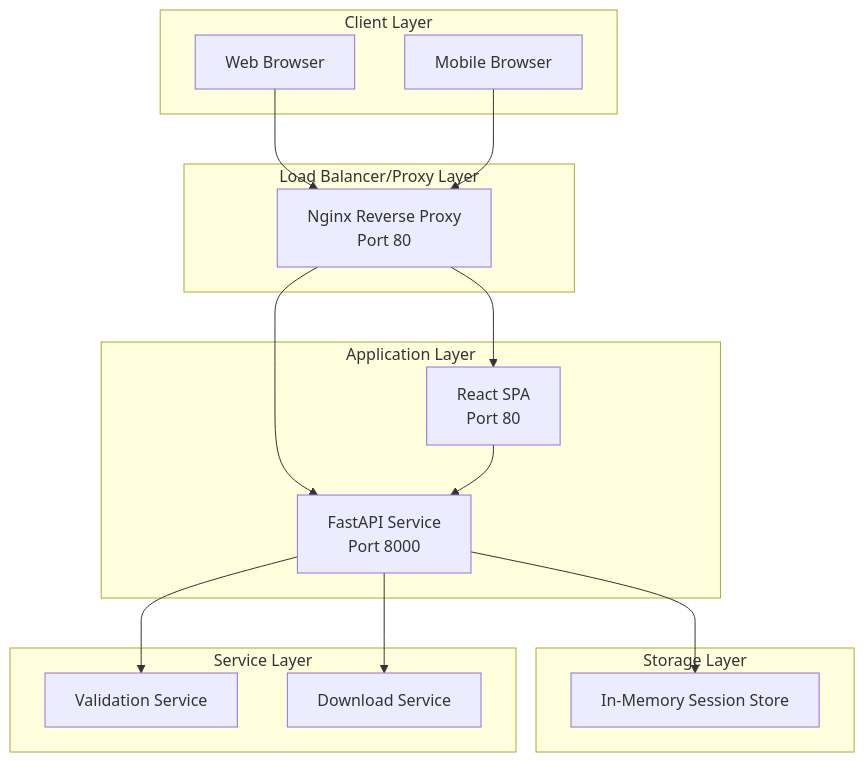
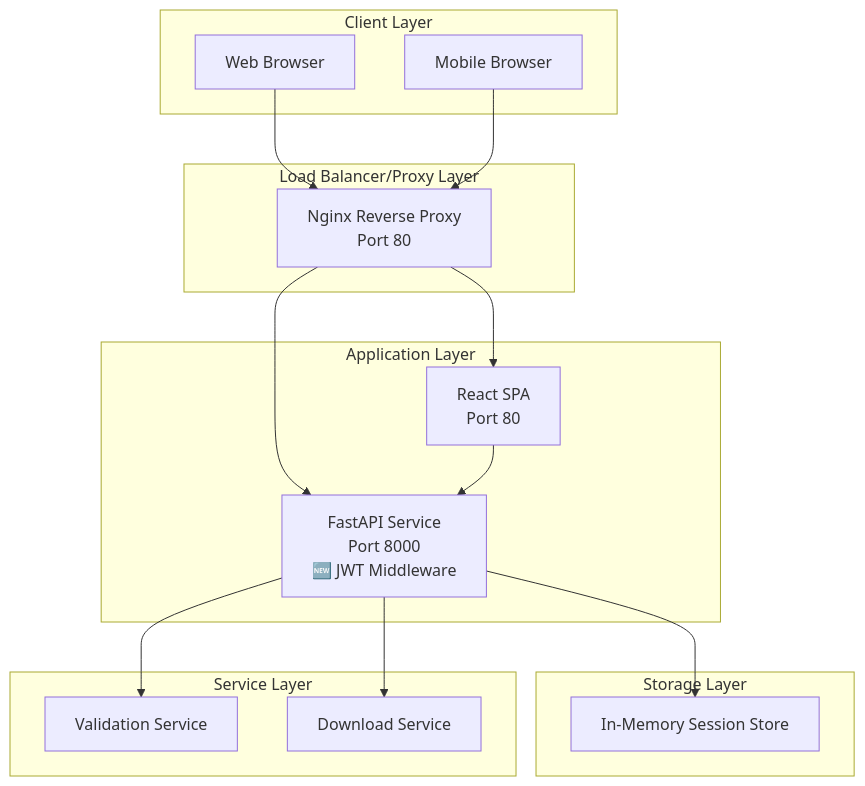
The first of 11 diagrams in TECHNICAL.md (fuhdan/certificate-tools), drawn with Mermaid before and after one commit. The commit also changed other lines of this file and 1 other file, not shown here.

````diff
--- a/TECHNICAL.md
+++ b/TECHNICAL.md
@@ -24,34 +24,34 @@
 ```mermaid
 graph TB
     subgraph "Client Layer"
         Browser[Web Browser]
         Mobile[Mobile Browser]
     end
     
     subgraph "Load Balancer/Proxy Layer"
         Nginx[Nginx Reverse Proxy<br/>Port 80]
     end
     
     subgraph "Application Layer"
         Frontend[React SPA<br/>Port 80]
-        Backend[FastAPI Service<br/>Port 8000]
+        Backend[FastAPI Service<br/>Port 8000<br/>🆕 JWT Middleware]
     end
     
     subgraph "Storage Layer"
         Memory[In-Memory Session Store]
     end
     
     subgraph "Service Layer"
         VS[Validation Service]
         DS[Download Service]
     end
     
     Browser --> Nginx
     Mobile --> Nginx
     Nginx --> Frontend
     Nginx --> Backend
     Frontend --> Backend
     Backend --> Memory
     Backend --> VS
     Backend --> DS
 ```
````
